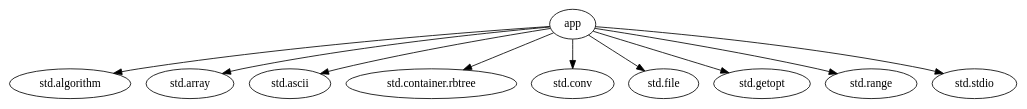
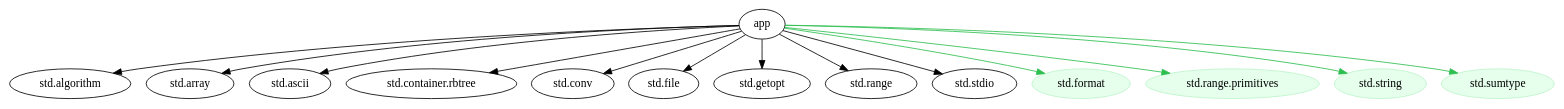
One commit to lempiji/ddeps changed the diagram in deps.dot. Above: the diagram before and after it, drawn with Graphviz. The commit also changed 6 other files, not shown here.

Commit message:
Add support for allowed dependency rules in module graph analysis

```diff
--- a/deps.dot
+++ b/deps.dot
@@ -1,23 +1,34 @@
 digraph {
     {
         "app"
         "std.algorithm"
         "std.array"
         "std.ascii"
         "std.container.rbtree"
         "std.conv"
         "std.file"
         "std.getopt"
         "std.range"
         "std.stdio"
     }
+    {
+        node [style=filled color="#bef5cb" fillcolor="#e6ffed"];
+        "std.format"
+        "std.range.primitives"
+        "std.string"
+        "std.sumtype"
+    }
     "app" -> "std.algorithm";
     "app" -> "std.array";
     "app" -> "std.ascii";
     "app" -> "std.container.rbtree";
     "app" -> "std.conv";
     "app" -> "std.file";
     "app" -> "std.getopt";
     "app" -> "std.range";
     "app" -> "std.stdio";
+    "app" -> "std.format" [color="#2cbe4e"];
+    "app" -> "std.range.primitives" [color="#2cbe4e"];
+    "app" -> "std.string" [color="#2cbe4e"];
+    "app" -> "std.sumtype" [color="#2cbe4e"];
 }
```
